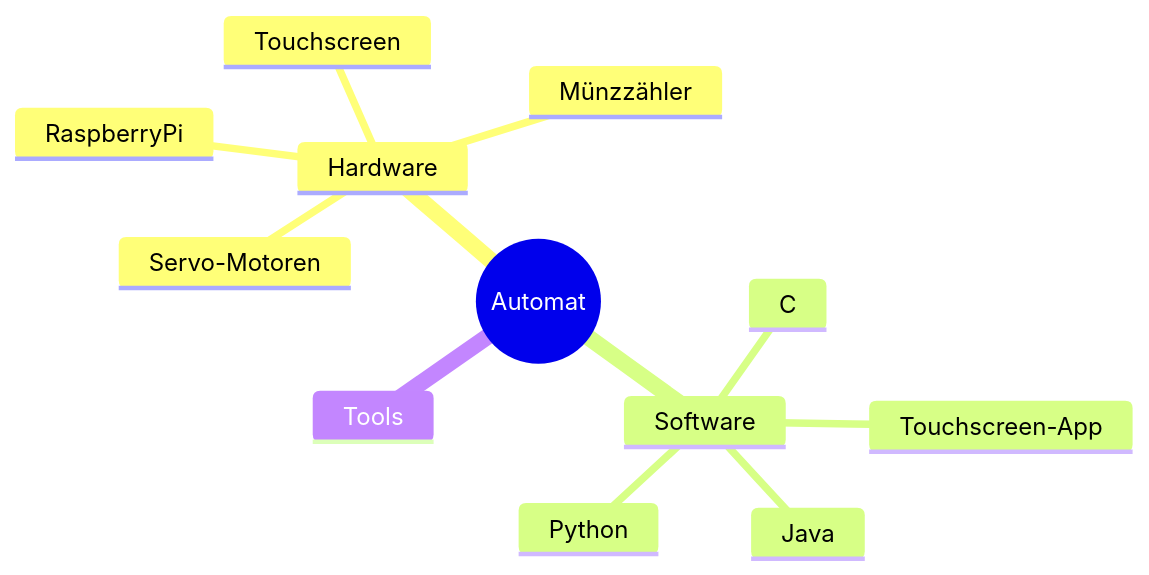
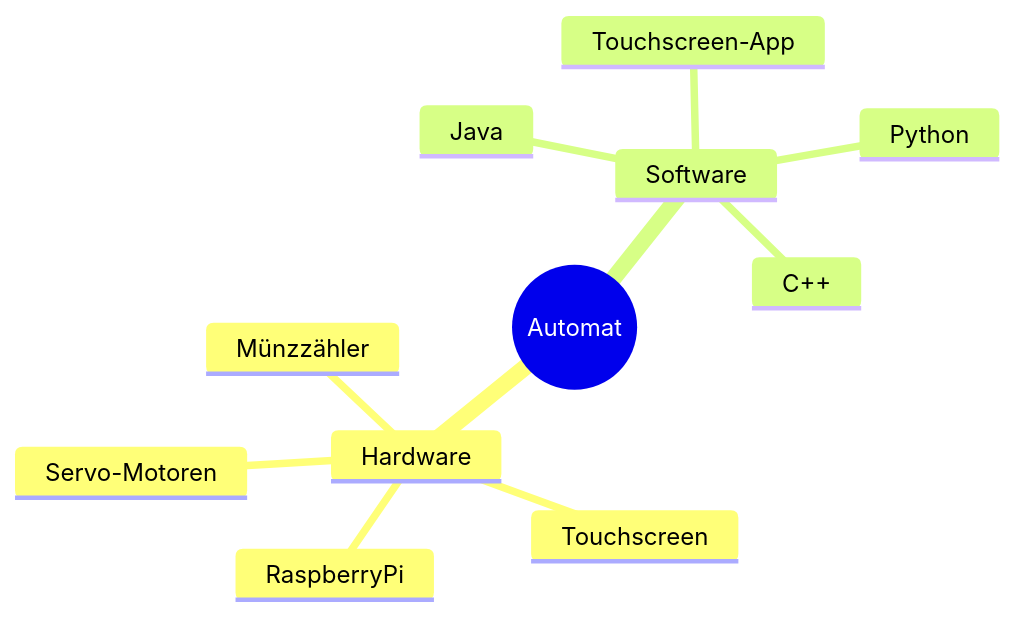
One commit to Darabrob/Projekt_Automat changed the diagram in README.md. Above: the diagram before and after it, drawn with Mermaid.

````diff
--- a/README.md
+++ b/README.md
@@ -3,16 +3,16 @@
 ```mermaid
 mindmap
   root((Automat))
     Hardware
       RaspberryPi
       Touchscreen
       Münzzähler
       Servo-Motoren
     Software
       Touchscreen-App
       Java
       Python
-      C
-    Tools
+      C++
+    
 
 ```
````
